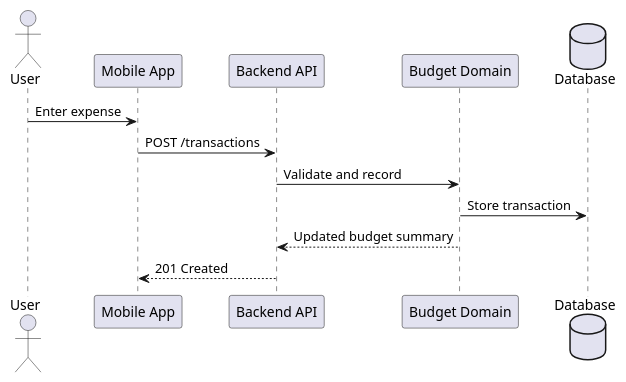
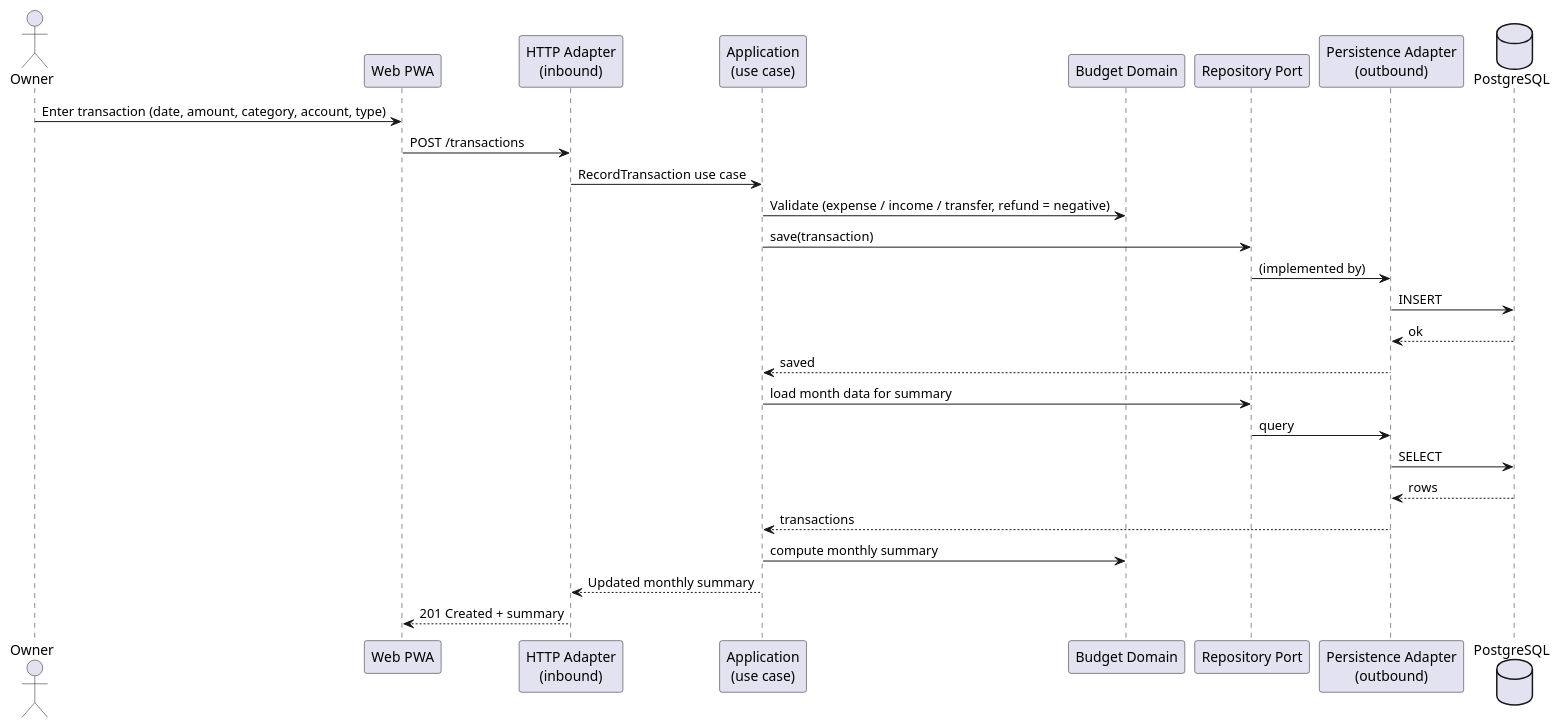
Before and after one commit to dieterbaier/budget: the diagram in src/docs/arc42/doc-06000-runtime-view.adoc, drawn with PlantUML. The commit also changed other lines of this file and 39 other files, not shown here.

```diff
--- a/src/docs/arc42/doc-06000-runtime-view.adoc
+++ b/src/docs/arc42/doc-06000-runtime-view.adoc
@@ -22,16 +28,30 @@
-[plantuml,expense-entry-runtime,png]
+[plantuml,transaction-entry-runtime,png]
 ----
 @startuml
-actor User
-participant "Mobile App" as App
-participant "Backend API" as Api
+actor Owner
+participant "Web PWA" as Web
+participant "HTTP Adapter\n(inbound)" as Api
+participant "Application\n(use case)" as App
 participant "Budget Domain" as Domain
-database "Database" as Db
-User -> App: Enter expense
-App -> Api: POST /transactions
-Api -> Domain: Validate and record
-Domain -> Db: Store transaction
-Domain --> Api: Updated budget summary
-Api --> App: 201 Created
+participant "Repository Port" as Port
+participant "Persistence Adapter\n(outbound)" as Repo
+database "PostgreSQL" as Db
+Owner -> Web: Enter transaction (date, amount, category, account, type)
+Web -> Api: POST /transactions
+Api -> App: RecordTransaction use case
+App -> Domain: Validate (expense / income / transfer, refund = negative)
+App -> Port: save(transaction)
+Port -> Repo: (implemented by)
+Repo -> Db: INSERT
+Db --> Repo: ok
+Repo --> App: saved
+App -> Port: load month data for summary
+Port -> Repo: query
+Repo -> Db: SELECT
+Db --> Repo: rows
+Repo --> App: transactions
+App -> Domain: compute monthly summary
+App --> Api: Updated monthly summary
+Api --> Web: 201 Created + summary
 @enduml
 ----
```
